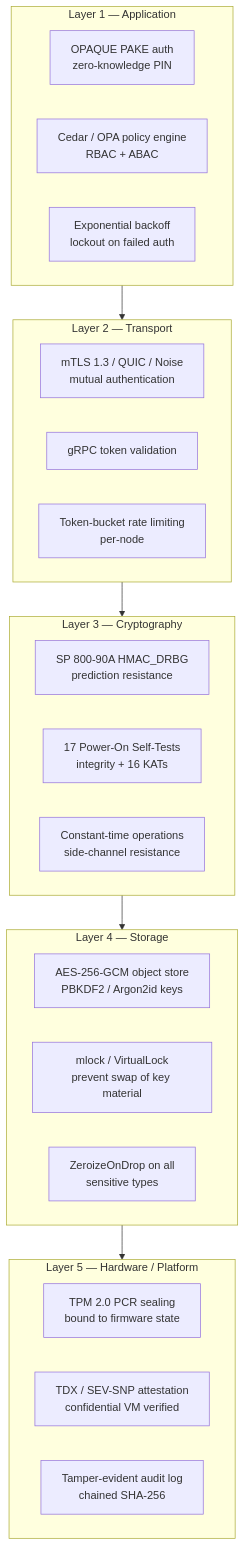
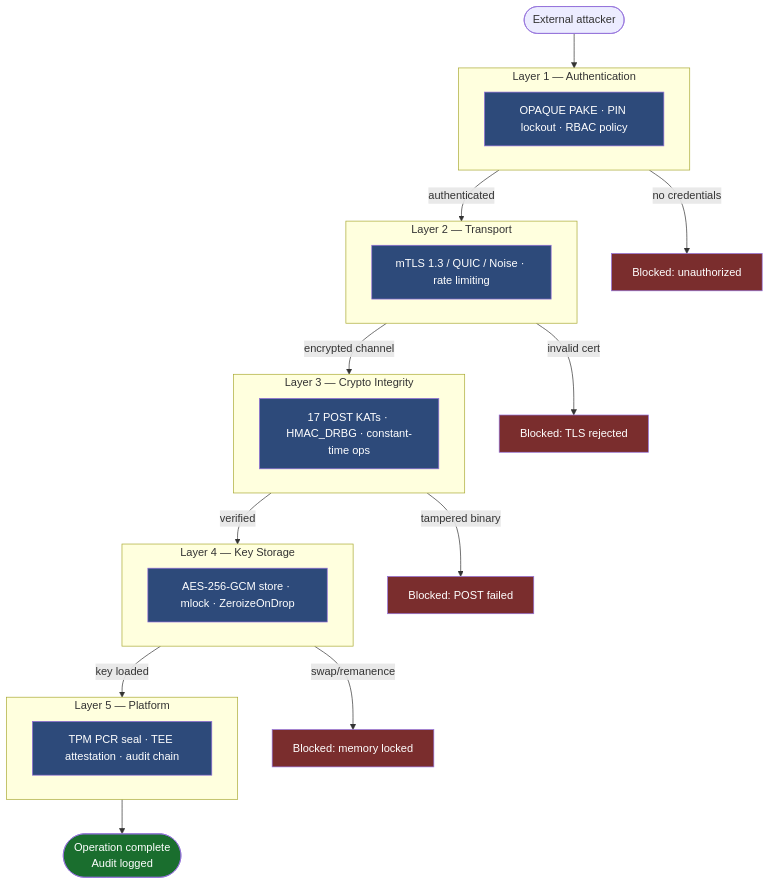
Diagram 13 of 16 in README.md (sonoransun/multicraton-hsm-testnet), drawn with Mermaid before and after one commit. The commit also changed other lines of this file and 28 other files, not shown here.

````diff
--- a/README.md
+++ b/README.md
@@ -388,34 +442,41 @@
 ```mermaid
-graph TB
-    subgraph L1["Layer 1 — Application"]
-        A1["OPAQUE PAKE auth<br/>zero-knowledge PIN"]
-        A2["Cedar / OPA policy engine<br/>RBAC + ABAC"]
-        A3["Exponential backoff<br/>lockout on failed auth"]
+flowchart TD
+    ATK1(["External attacker"])
+    ATK1 --> L1
+
+    subgraph L1["Layer 1 — Authentication"]
+        A1["OPAQUE PAKE · PIN lockout · RBAC policy"]
     end
+    L1 -->|"no credentials"| STOP1["Blocked: unauthorized"]
+    L1 -->|"authenticated"| L2
 
     subgraph L2["Layer 2 — Transport"]
-        B1["mTLS 1.3 / QUIC / Noise<br/>mutual authentication"]
-        B2["gRPC token validation"]
-        B3["Token-bucket rate limiting<br/>per-node"]
+        B1["mTLS 1.3 / QUIC / Noise · rate limiting"]
     end
+    L2 -->|"invalid cert"| STOP2["Blocked: TLS rejected"]
+    L2 -->|"encrypted channel"| L3
 
-    subgraph L3["Layer 3 — Cryptography"]
-        C1["SP 800-90A HMAC_DRBG<br/>prediction resistance"]
-        C2["17 Power-On Self-Tests<br/>integrity + 16 KATs"]
-        C3["Constant-time operations<br/>side-channel resistance"]
+    subgraph L3["Layer 3 — Crypto Integrity"]
+        C1["17 POST KATs · HMAC_DRBG · constant-time ops"]
     end
+    L3 -->|"tampered binary"| STOP3["Blocked: POST failed"]
+    L3 -->|"verified"| L4
 
-    subgraph L4["Layer 4 — Storage"]
-        D1["AES-256-GCM object store<br/>PBKDF2 / Argon2id keys"]
-        D2["mlock / VirtualLock<br/>prevent swap of key material"]
-        D3["ZeroizeOnDrop on all<br/>sensitive types"]
+    subgraph L4["Layer 4 — Key Storage"]
+        D1["AES-256-GCM store · mlock · ZeroizeOnDrop"]
     end
+    L4 -->|"swap/remanence"| STOP4["Blocked: memory locked"]
+    L4 -->|"key loaded"| L5
 
-    subgraph L5["Layer 5 — Hardware / Platform"]
-        E1["TPM 2.0 PCR sealing<br/>bound to firmware state"]
-        E2["TDX / SEV-SNP attestation<br/>confidential VM verified"]
-        E3["Tamper-evident audit log<br/>chained SHA-256"]
+    subgraph L5["Layer 5 — Platform"]
+        E1["TPM PCR seal · TEE attestation · audit chain"]
     end
+    L5 --> SAFE(["Operation complete<br/>Audit logged"])
 
-    L1 --> L2 --> L3 --> L4 --> L5
+    classDef stop fill:#7a2d2d,color:#fff
+    classDef safe fill:#1a6e2e,color:#fff
+    classDef layer fill:#2d4a7a,color:#fff
+    class STOP1,STOP2,STOP3,STOP4 stop
+    class SAFE safe
+    class A1,B1,C1,D1,E1 layer
 ```
````
